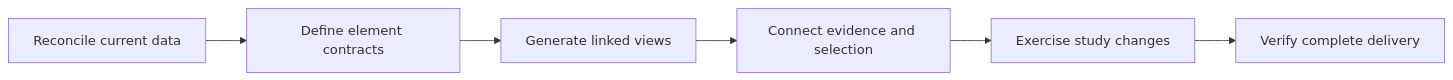
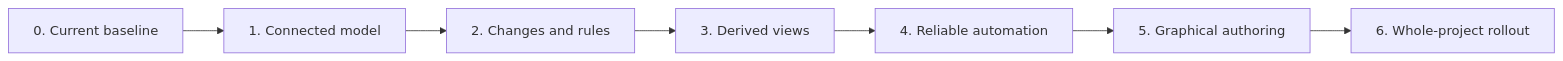
One commit to bultodepapas/DremHouse changed the third of 3 diagrams in docs/06_gestion_y_obra/connected_project_coordination_next_step.md. Above: the diagram before and after it, drawn with Mermaid. The commit also changed other lines of this file and 3 other files, not shown here.

````diff
--- a/docs/06_gestion_y_obra/connected_project_coordination_next_step.md
+++ b/docs/06_gestion_y_obra/connected_project_coordination_next_step.md
@@ -519,8 +445,9 @@
 ```mermaid
 flowchart LR
-    C01[Reconcile current data] --> C02[Define element contracts]
-    C02 --> C03[Generate linked views]
-    C03 --> C04[Connect evidence and selection]
-    C04 --> C05[Exercise study changes]
-    C05 --> C06[Verify complete delivery]
+    P0[0. Current baseline] --> P1[1. Connected model]
+    P1 --> P2[2. Changes and rules]
+    P2 --> P3[3. Derived views]
+    P3 --> P4[4. Reliable automation]
+    P4 --> P5[5. Graphical authoring]
+    P5 --> P6[6. Whole-project rollout]
 ```
````
